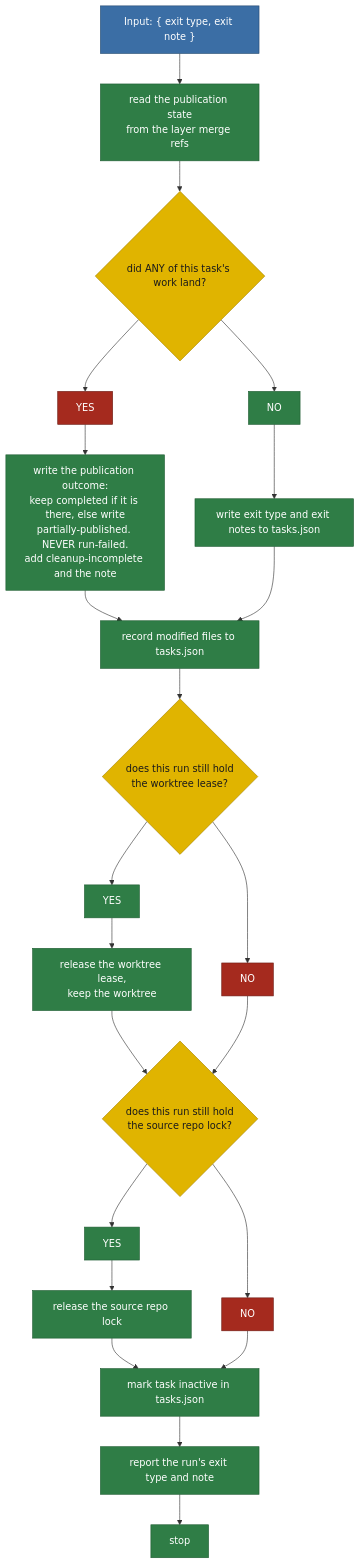
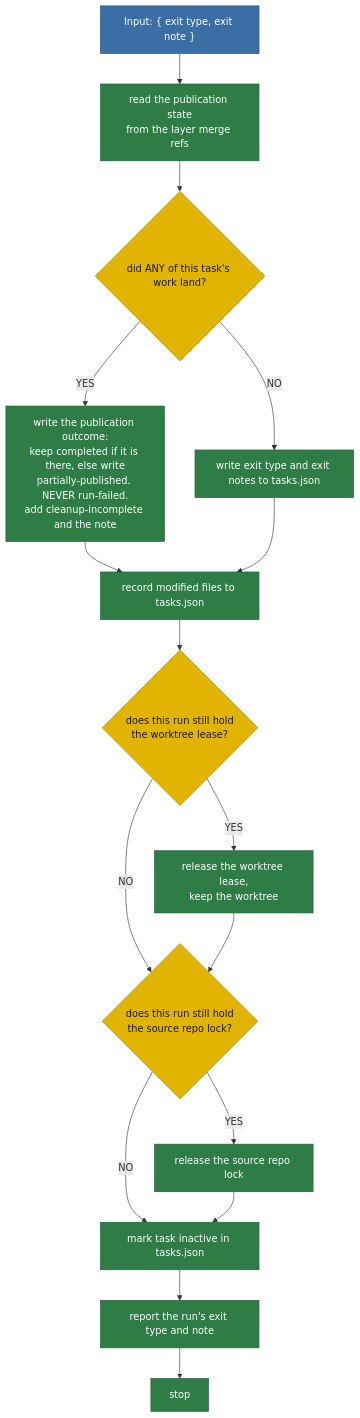
The diagram in plans/diagram/pipeline-failuresExit.mmd (matkatmusic/taskTools), drawn with Mermaid before and after one commit. The commit also changed 12 other files, not shown here.

Commit message:
changed YES/NO blocks to be labels in diagrams

```diff
--- a/plans/diagram/pipeline-failuresExit.mmd
+++ b/plans/diagram/pipeline-failuresExit.mmd
@@ -1,94 +1,86 @@
 flowchart TB
 %% FAILURES EXIT.
 %% ---
 %% Input: an exit type and exit note, task already active.
 %% ---
 %% The lease and the source lock are two independent holdings.
 %% ---
 %% Neither's release gates the other's; each checks its own owner.
 %% ---
 %% See releaseTaskRunHolds.ts.
 %% ---
 %% Every release and write here runs before "mark task inactive".
 %% ---
 %% Marking inactive is what reopens the task to another run.
 %% ---
 %% Every mutating box here is reconciled, not retried.
 %% ---
 %% Only an ambiguous read is run-failed, reported to the operator.
 %% ---
 %% See reconcileStep.ts.
 %% ---
 %% The worktree is NEVER removed here; only the merge succeeded exit removes one.
 %% ---
 %% This tail asks GIT what landed, not whether exit type is completed.
 %% ---
 %% completed is written long after the merge, so a gap failure must not reopen it.
 %% ---
 %% Did ANY work land? YES: keep completed if present, else write partially-published.
 %% ---
 %% Either way the incoming exit type is discarded, run-failed included.
 %% ---
 %% cleanup-incomplete and partially-published both mean RECOVERY ONLY.
 %% ---
 %% Exit types reaching this tail:
 %% ---
 %% plan-scrapped
 %% ---
 %% clarify-stuck
 %% ---
 %% fence-violation
 %% ---
 %% partially-published
 %% ---
 %% tests-red
 %% ---
 %% tests-flagged
 %% ---
 %% rebase-stuck
 %% ---
 %% suite-red
 %% ---
 %% merge-failed
 %% ---
 %% agent-failed
 %% ---
 %% run-failed
 
   EXIT_TYPE_NOTE_INPUT["Input: { exit type, exit note }"] --> READ_FAILURES_PUBLICATION_STATE["read the publication state<br/>from the layer merge refs"]
   READ_FAILURES_PUBLICATION_STATE --> DID_ANY_WORK_LAND{"did ANY of this task's work land?"}
-  DID_ANY_WORK_LAND --> DID_ANY_WORK_LAND_YES["YES"]
-  DID_ANY_WORK_LAND --> DID_ANY_WORK_LAND_NO["NO"]
+  DID_ANY_WORK_LAND -->|YES| WRITE_PUBLICATION_OUTCOME["write the publication outcome:<br/>keep completed if it is there, else write<br/>partially-published. NEVER run-failed.<br/>add cleanup-incomplete and the note"]
+  DID_ANY_WORK_LAND -->|NO| WRITE_EXIT_TYPE_AND_NOTE["write exit type and exit notes to tasks.json"]
 
-  DID_ANY_WORK_LAND_YES --> WRITE_PUBLICATION_OUTCOME["write the publication outcome:<br/>keep completed if it is there, else write<br/>partially-published. NEVER run-failed.<br/>add cleanup-incomplete and the note"]
   WRITE_PUBLICATION_OUTCOME --> RECORD_MODIFIED_FILES_FAILURE
 
-  DID_ANY_WORK_LAND_NO --> WRITE_EXIT_TYPE_AND_NOTE["write exit type and exit notes to tasks.json"]
   WRITE_EXIT_TYPE_AND_NOTE --> RECORD_MODIFIED_FILES_FAILURE
 
   RECORD_MODIFIED_FILES_FAILURE["record modified files to tasks.json"] --> DOES_RUN_HOLD_LEASE{"does this run still hold<br/>the worktree lease?"}
-  DOES_RUN_HOLD_LEASE --> DOES_RUN_HOLD_LEASE_YES["YES"]
-  DOES_RUN_HOLD_LEASE --> DOES_RUN_HOLD_LEASE_NO["NO"]
-  DOES_RUN_HOLD_LEASE_YES --> RELEASE_WORKTREE_LEASE["release the worktree lease,<br/>keep the worktree"]
+  DOES_RUN_HOLD_LEASE -->|YES| RELEASE_WORKTREE_LEASE["release the worktree lease,<br/>keep the worktree"]
+  DOES_RUN_HOLD_LEASE -->|NO| DOES_RUN_HOLD_SOURCE_LOCK
   RELEASE_WORKTREE_LEASE --> DOES_RUN_HOLD_SOURCE_LOCK
-  DOES_RUN_HOLD_LEASE_NO --> DOES_RUN_HOLD_SOURCE_LOCK
 
-  DOES_RUN_HOLD_SOURCE_LOCK{"does this run still hold<br/>the source repo lock?"} --> DOES_RUN_HOLD_SOURCE_LOCK_YES["YES"]
-  DOES_RUN_HOLD_SOURCE_LOCK --> DOES_RUN_HOLD_SOURCE_LOCK_NO["NO"]
-  DOES_RUN_HOLD_SOURCE_LOCK_YES --> RELEASE_SOURCE_LOCK["release the source repo lock"]
+  DOES_RUN_HOLD_SOURCE_LOCK{"does this run still hold<br/>the source repo lock?"} -->|YES| RELEASE_SOURCE_LOCK["release the source repo lock"]
+  DOES_RUN_HOLD_SOURCE_LOCK -->|NO| MARK_TASK_INACTIVE_FAILURE
   RELEASE_SOURCE_LOCK --> MARK_TASK_INACTIVE_FAILURE
-  DOES_RUN_HOLD_SOURCE_LOCK_NO --> MARK_TASK_INACTIVE_FAILURE
 
   MARK_TASK_INACTIVE_FAILURE["mark task inactive in tasks.json"] --> REPORT_EXIT_TYPE_AND_NOTE["report the run's exit type and note"]
   REPORT_EXIT_TYPE_AND_NOTE --> STOP["stop"]
 
   classDef script fill:#2f7d46,stroke:#1e5c31,color:#ffffff
   classDef decision fill:#e0b400,stroke:#a88600,color:#1a1a1a
   classDef output fill:#3b6ea5,stroke:#254a70,color:#ffffff
   classDef pass fill:#2f7d46,stroke:#1e5c31,color:#ffffff
   classDef nopass fill:#a52a1e,stroke:#6d1a12,color:#ffffff
   class DOES_RUN_HOLD_LEASE,DOES_RUN_HOLD_SOURCE_LOCK,DID_ANY_WORK_LAND decision
-  class DOES_RUN_HOLD_LEASE_YES,DOES_RUN_HOLD_SOURCE_LOCK_YES,DID_ANY_WORK_LAND_NO pass
-  class DOES_RUN_HOLD_LEASE_NO,DOES_RUN_HOLD_SOURCE_LOCK_NO,DID_ANY_WORK_LAND_YES nopass
   class READ_FAILURES_PUBLICATION_STATE,WRITE_EXIT_TYPE_AND_NOTE,RECORD_MODIFIED_FILES_FAILURE,MARK_TASK_INACTIVE_FAILURE,RELEASE_WORKTREE_LEASE,RELEASE_SOURCE_LOCK,REPORT_EXIT_TYPE_AND_NOTE,WRITE_PUBLICATION_OUTCOME,STOP script
   class EXIT_TYPE_NOTE_INPUT output
```
